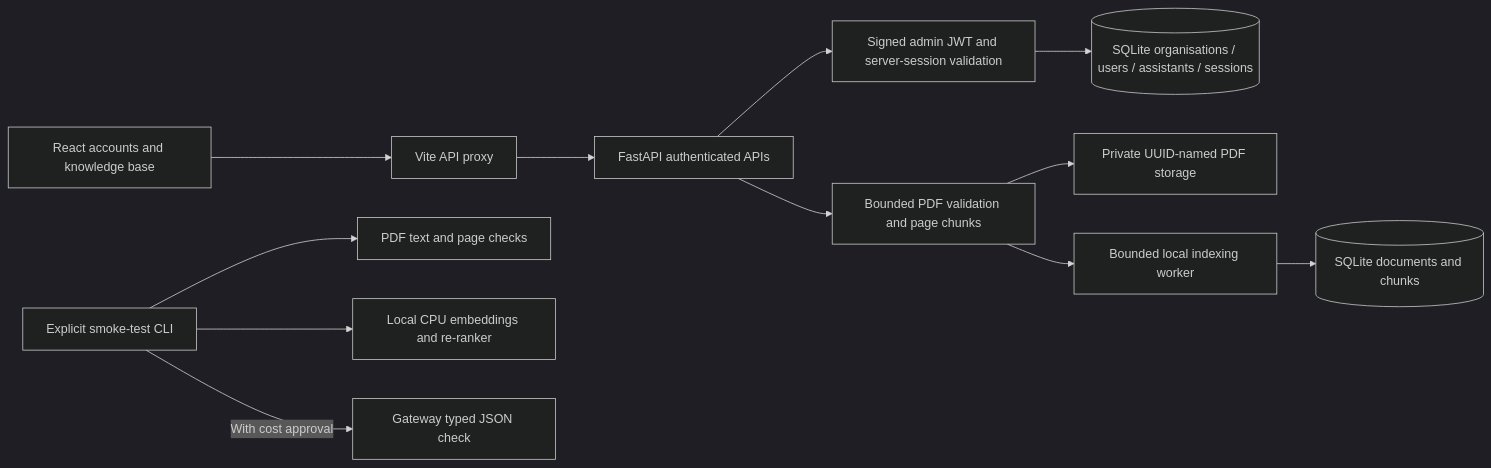
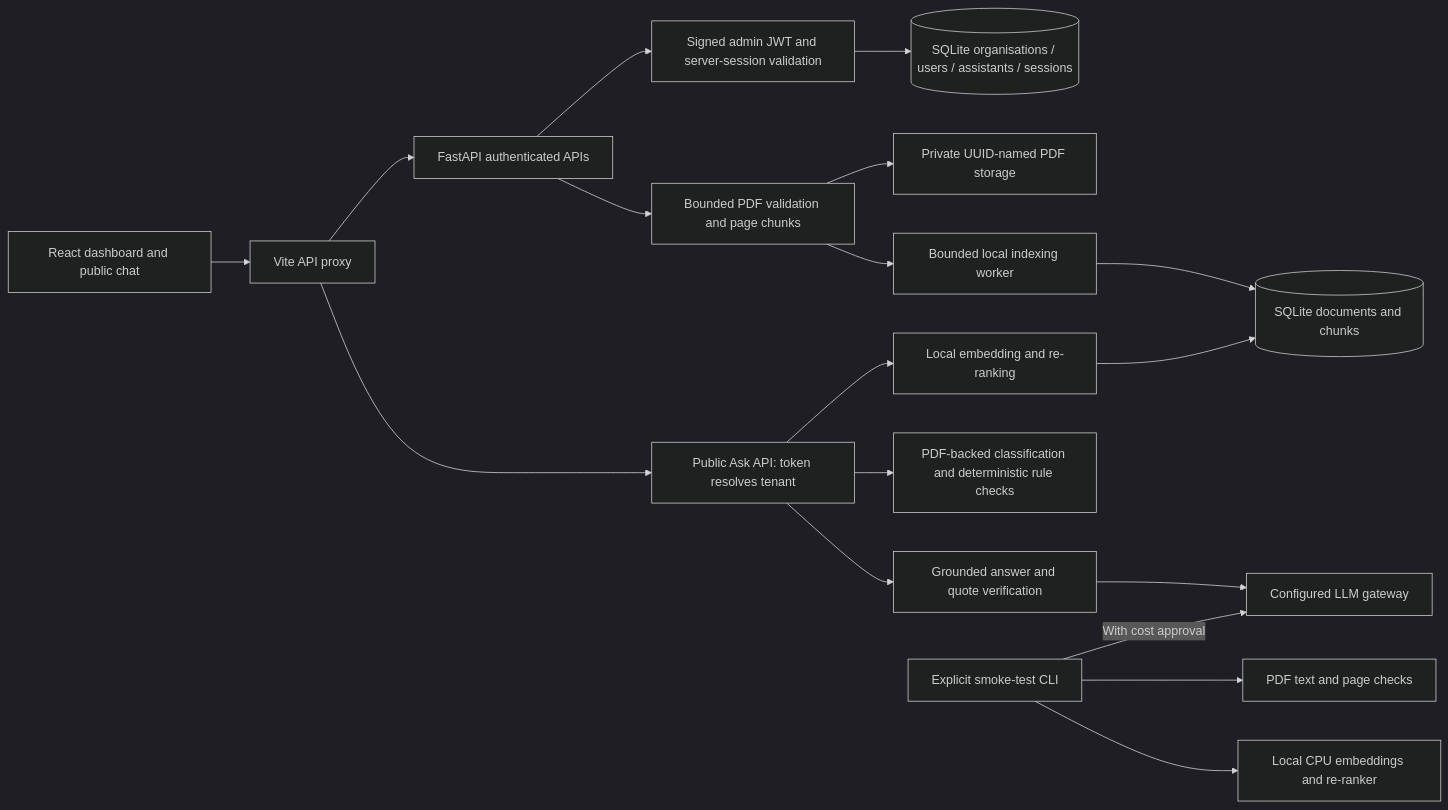
One commit to himanshu-chauhan2/RAG_pipline_agents_PanScience_Innovations- changed the diagram in README.md. Above: the diagram before and after it, drawn with Mermaid (dark theme). The commit also changed other lines of this file and 41 other files, not shown here.

````diff
--- a/README.md
+++ b/README.md
@@ -99,14 +136,20 @@
 ```mermaid
 flowchart LR
-    Browser[React accounts and knowledge base] --> Proxy[Vite API proxy]
+    Browser[React dashboard and public chat] --> Proxy[Vite API proxy]
     Proxy --> API[FastAPI authenticated APIs]
     API --> Auth[Signed admin JWT and server-session validation]
     Auth --> DB[(SQLite organisations / users / assistants / sessions)]
     API --> PDF[Bounded PDF validation and page chunks]
     PDF --> Private[Private UUID-named PDF storage]
     PDF --> Worker[Bounded local indexing worker]
     Worker --> Index[(SQLite documents and chunks)]
+    Proxy --> Ask[Public Ask API: token resolves tenant]
+    Ask --> Search[Local embedding and re-ranking]
+    Search --> Index
+    Ask --> Rules[PDF-backed classification and deterministic rule checks]
+    Ask --> Answer[Grounded answer and quote verification]
+    Answer --> Gateway[Configured LLM gateway]
     Smoke[Explicit smoke-test CLI] --> PDFs[PDF text and page checks]
     Smoke --> Models[Local CPU embeddings and re-ranker]
-    Smoke -->|With cost approval| Gateway[Gateway typed JSON check]
+    Smoke -->|With cost approval| Gateway
 ```
````
